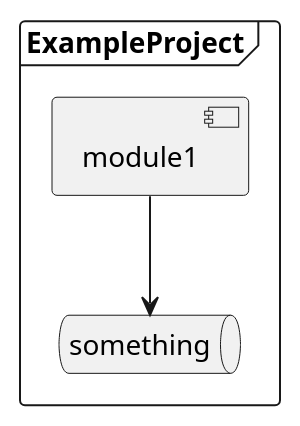
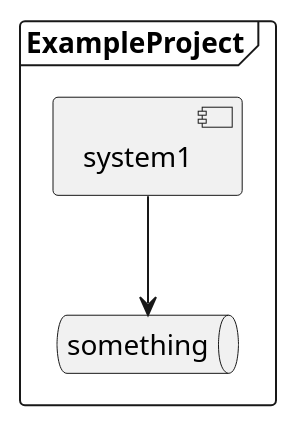
Before and after one commit to danakuban/docsGradlePlugin: the diagram in exampleProject/system1/docs/system.puml, drawn with PlantUML. The commit also changed 13 other files, not shown here.

```diff
--- a/exampleProject/system1/docs/system.puml
+++ b/exampleProject/system1/docs/system.puml
@@ -1,11 +1,11 @@
 @startuml
 
 frame ExampleProject {
-    component "module1"
+    component "system1"
     queue something
 }
 
 'Dependencies
-module1 --> something
+system1 --> something
 
 @enduml
```
